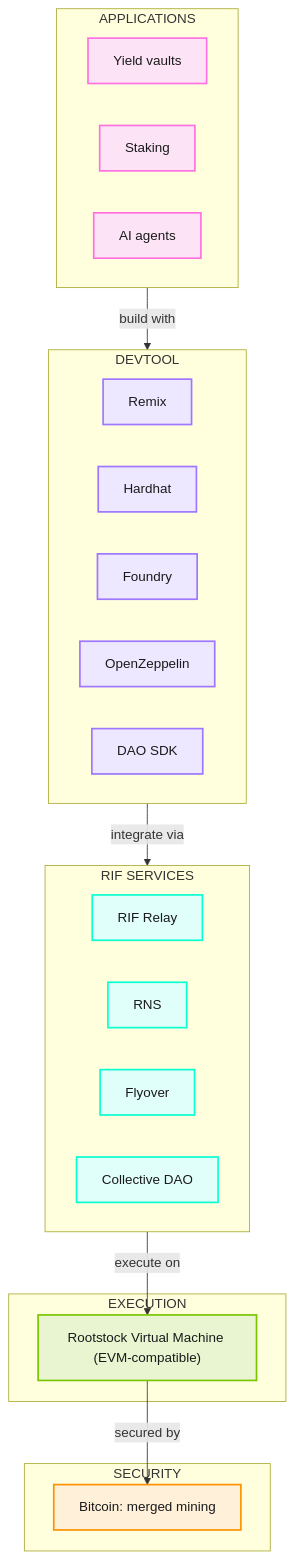
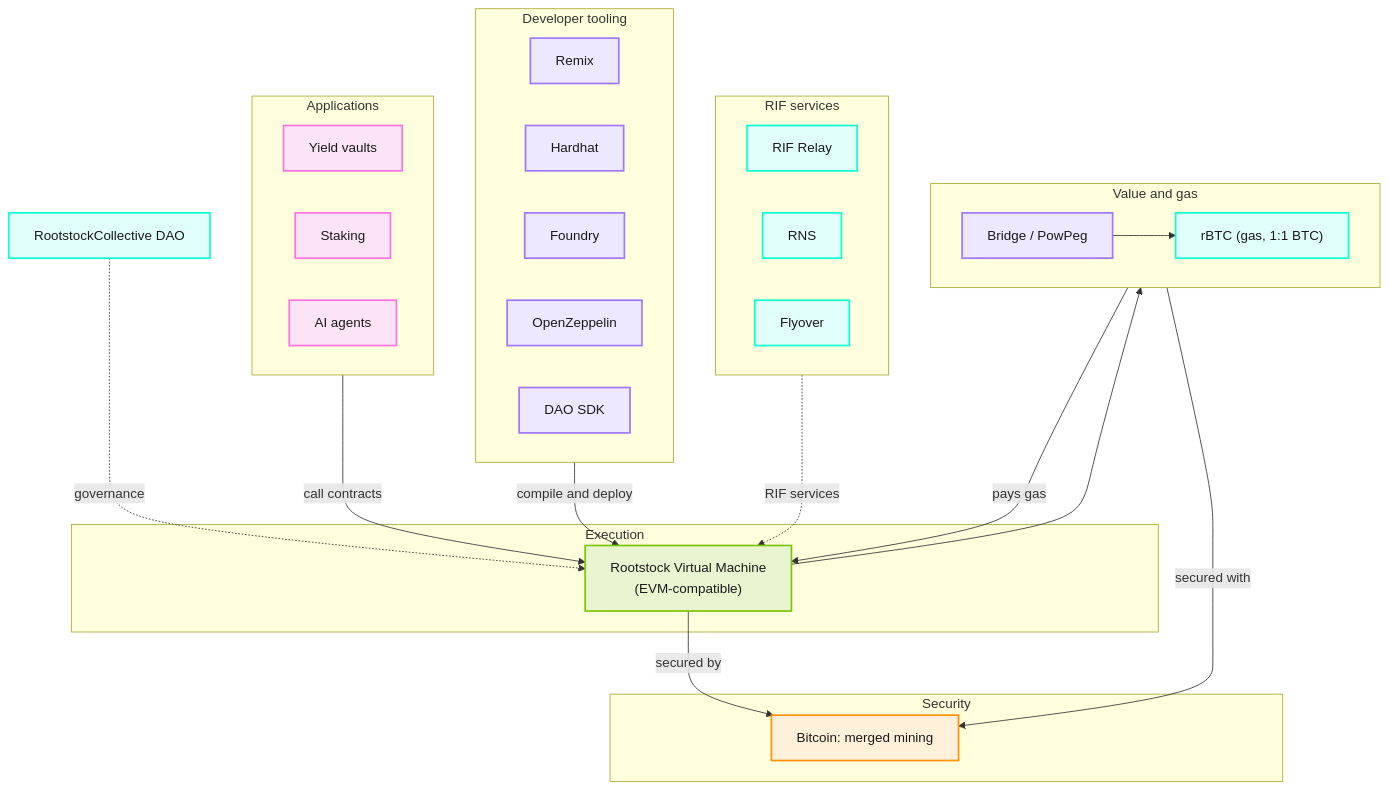
One commit to rsksmart/devportal changed the diagram in docs/01-concepts/foundations/stack/index.md. Above: the diagram before and after it, drawn with Mermaid. The commit also changed other lines of this file and 6 other files, not shown here.

First line of the commit message:
docs: apply Architecture feedback to Atlas, Stack, PowPeg, and related diagrams

````diff
--- a/docs/01-concepts/foundations/stack/index.md
+++ b/docs/01-concepts/foundations/stack/index.md
@@ -57,51 +57,67 @@
 ```mermaid
 flowchart TB
-  subgraph Apps["APPLICATIONS"]
+  subgraph Apps["Applications"]
     direction LR
     Yield["Yield vaults"]
     Stake["Staking"]
     AI["AI agents"]
   end
 
-  subgraph Tools["DEVTOOL"]
+  subgraph Tools["Developer tooling"]
     direction LR
     Remix["Remix"]
     Hardhat["Hardhat"]
     Foundry["Foundry"]
     OZ["OpenZeppelin"]
     DaoSdk["DAO SDK"]
   end
 
-  subgraph RIF["RIF SERVICES"]
+  subgraph RIF["RIF services"]
     direction LR
     Relay["RIF Relay"]
     RNS["RNS"]
     Flyover["Flyover"]
-    Collective["Collective DAO"]
   end
 
-  subgraph Exec["EXECUTION"]
-    RVM["Rootstock Virtual Machine (EVM-compatible)"]
+  Collective["RootstockCollective DAO"]
+
+  subgraph Exec["Execution"]
+    RVM["Rootstock Virtual Machine<br/>(EVM-compatible)"]
   end
 
-  subgraph Security["SECURITY"]
+  subgraph PegLayer["Value and gas"]
+    direction LR
+    Peg["Bridge / PowPeg"]
+    rBTC["rBTC (gas, 1:1 BTC)"]
+  end
+
+  subgraph Security["Security"]
     BTC["Bitcoin: merged mining"]
   end
 
-  Apps -->|"build with"| Tools
-  Tools -->|"integrate via"| RIF
-  RIF -->|"execute on"| RVM
+  Apps -->|"call contracts"| RVM
+  Tools -->|"compile and deploy"| RVM
+  RIF -.->|"RIF services"| RVM
+  Collective -.->|"governance"| RVM
+  RVM --> Peg
+  Peg --> rBTC
+  rBTC -->|"pays gas"| RVM
+  Peg -->|"secured with"| BTC
   RVM -->|"secured by"| BTC
 
   classDef apps fill:#FCE4F6,stroke:#FF71E1,stroke-width:2px,color:#1a1a1a
   classDef tools fill:#EDE7FF,stroke:#9E76FF,stroke-width:2px,color:#1a1a1a
   classDef rif fill:#E0FFFA,stroke:#08FFD0,stroke-width:2px,color:#1a1a1a
   classDef exec fill:#E8F5D0,stroke:#79C600,stroke-width:2px,color:#1a1a1a
+  classDef peg fill:#EDE7FF,stroke:#9E76FF,stroke-width:2px,color:#1a1a1a
+  classDef token fill:#E0FFFA,stroke:#08FFD0,stroke-width:2px,color:#1a1a1a
   classDef security fill:#FFF0D9,stroke:#FF9100,stroke-width:2px,color:#1a1a1a
 
   class Yield,Stake,AI apps
   class Remix,Hardhat,Foundry,OZ,DaoSdk tools
   class Relay,RNS,Flyover,Collective rif
   class RVM exec
+  class Peg peg
+  class rBTC token
   class BTC security
 ```
````
